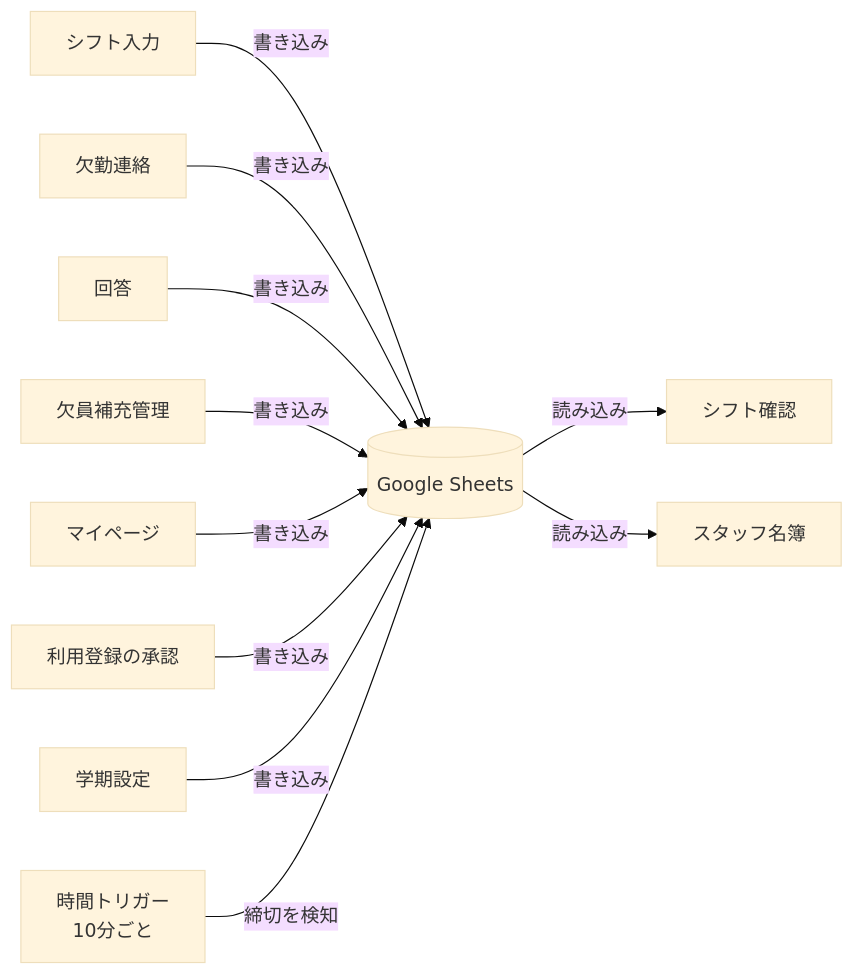
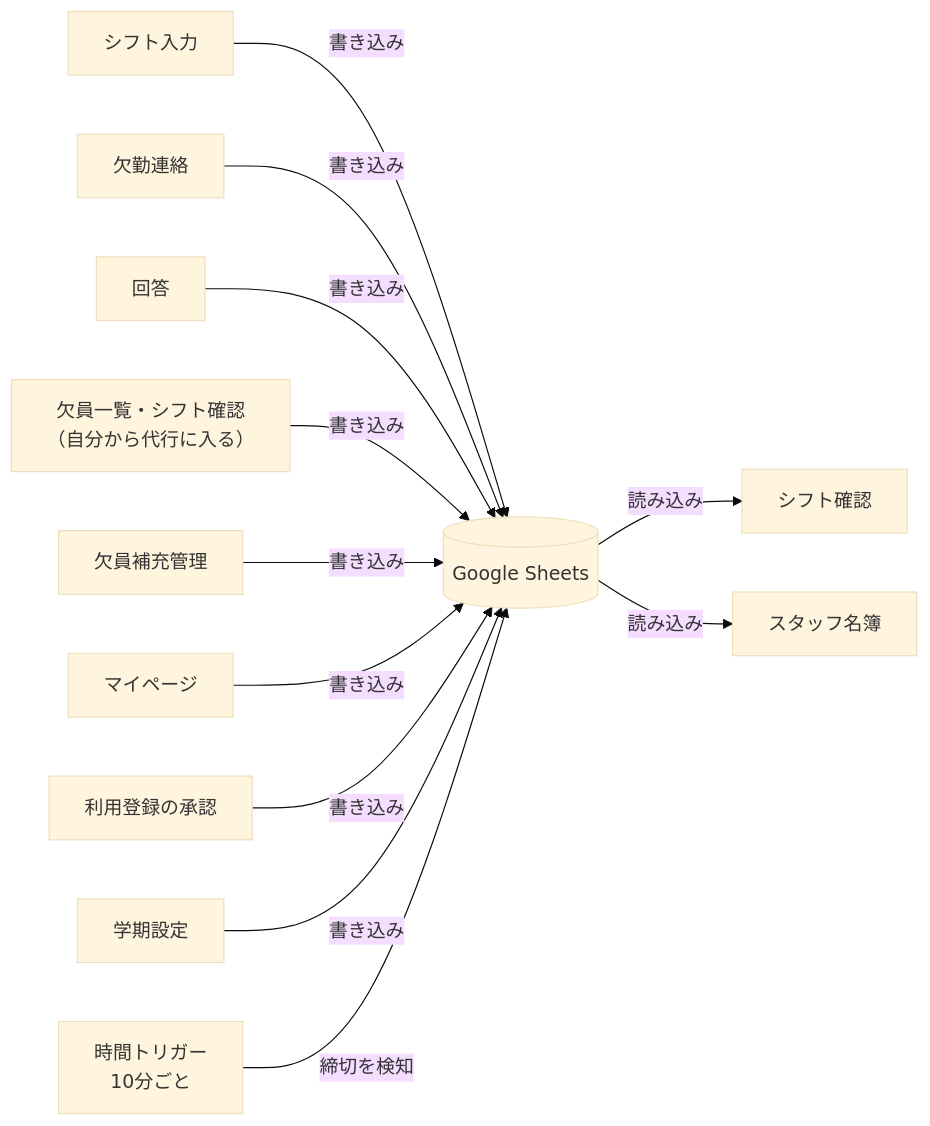
Before and after one commit to Nakano-official/takeover: the first of 3 diagrams in docs/spec/architecture.md, drawn with Mermaid (base theme). The commit also changed other lines of this file and 10 other files, not shown here.

````diff
--- a/docs/spec/architecture.md
+++ b/docs/spec/architecture.md
@@ -43,13 +44,14 @@
 ```mermaid
 flowchart LR
   In["シフト入力"] -->|書き込み| Sheets[("Google Sheets")]
   Ab["欠勤連絡"] -->|書き込み| Sheets
   Re["回答"] -->|書き込み| Sheets
+  Vl["欠員一覧・シフト確認<br/>（自分から代行に入る）"] -->|書き込み| Sheets
   Mg["欠員補充管理"] -->|書き込み| Sheets
   My["マイページ"] -->|書き込み| Sheets
   Ap["利用登録の承認"] -->|書き込み| Sheets
   Tm["学期設定"] -->|書き込み| Sheets
   Sheets -->|読み込み| Home["シフト確認"]
   Sheets -->|読み込み| Ro["スタッフ名簿"]
   Trg["時間トリガー<br/>10分ごと"] -->|締切を検知| Sheets
 ```
````
